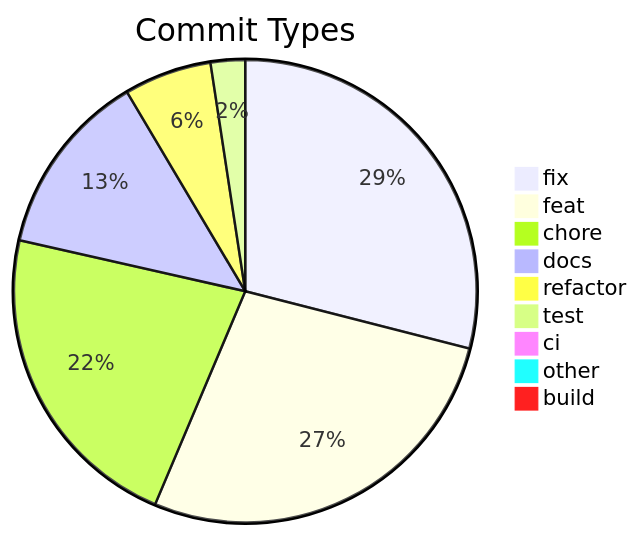
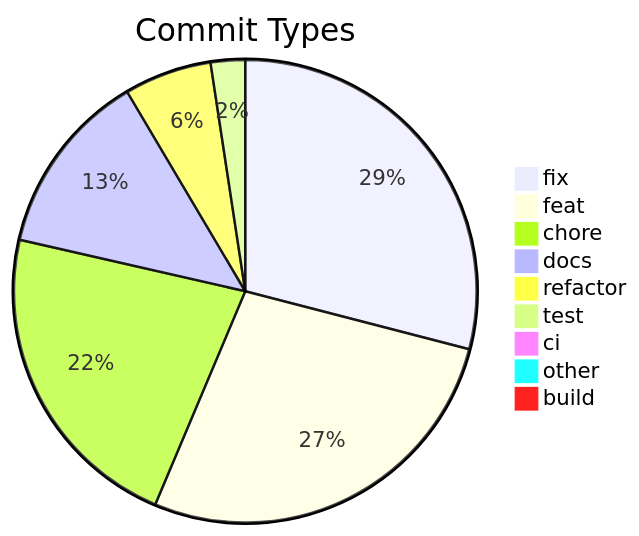
One commit to svenroth-ai/shipwright changed the diagram in .shipwright/compliance/change-history.md. Above: the diagram before and after it, drawn with Mermaid. The commit also changed other lines of this file and 14 other files, not shown here.

````diff
--- a/.shipwright/compliance/change-history.md
+++ b/.shipwright/compliance/change-history.md
@@ -8,12 +8,12 @@
 ```mermaid
 pie title Commit Types
-    "fix" : 289
+    "fix" : 290
     "feat" : 273
-    "chore" : 221
+    "chore" : 222
     "docs" : 129
     "refactor" : 61
     "test" : 24
     "ci" : 7
     "other" : 7
     "build" : 1
 ```
````
